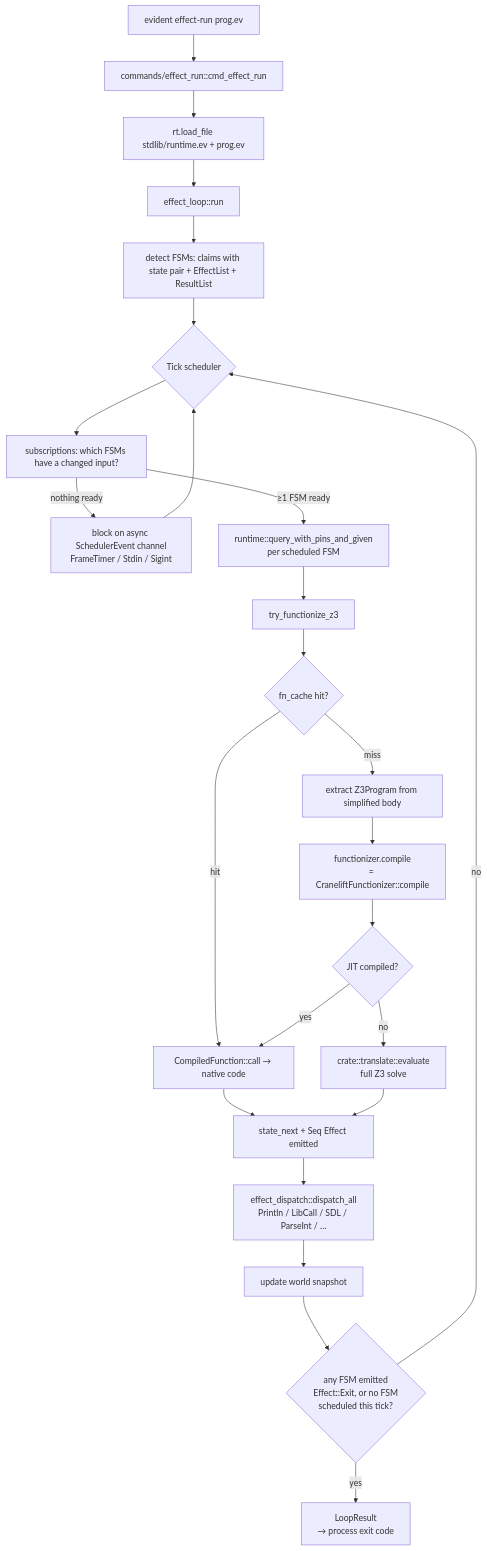
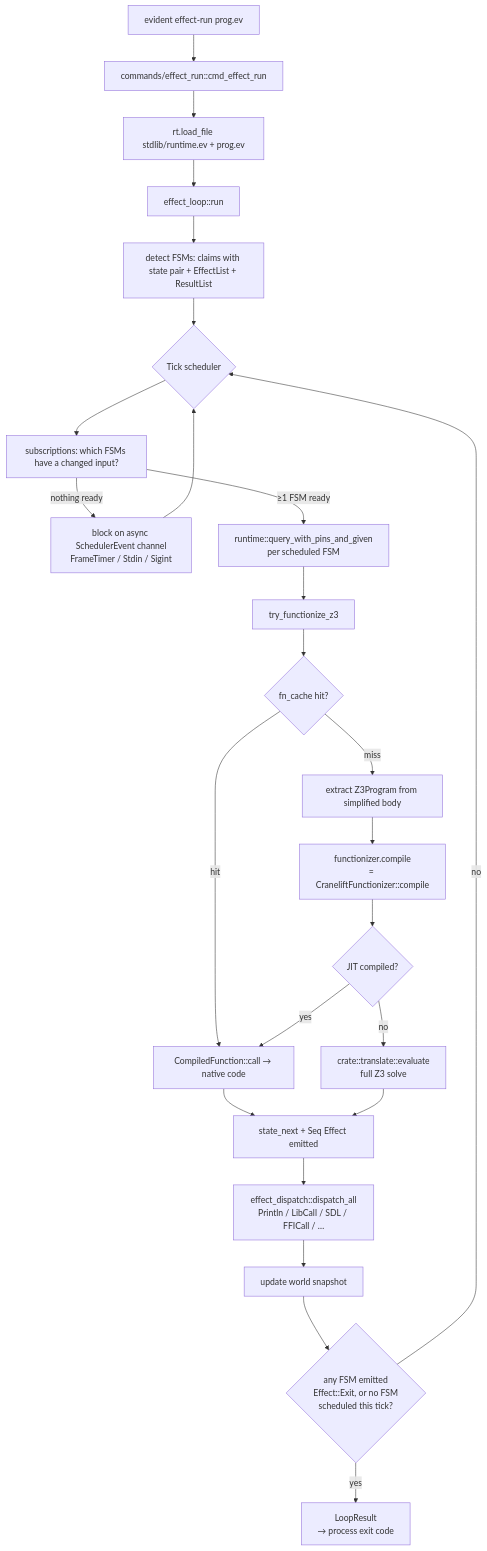
One commit to danroblewis/evident changed the seventh of 7 diagrams in runtime/README.md. Above: the diagram before and after it, drawn with Mermaid. The commit also changed other lines of this file and 15 other files, not shown here.

````diff
--- a/runtime/README.md
+++ b/runtime/README.md
@@ -309,39 +309,39 @@
 ```mermaid
 flowchart TD
     CLI[evident effect-run prog.ev]
     Run[commands/effect_run::cmd_effect_run]
     Load[rt.load_file stdlib/runtime.ev + prog.ev]
     Loop[effect_loop::run]
     Detect[detect FSMs: claims with state pair + EffectList + ResultList]
     Tick{Tick scheduler}
     Sub[subscriptions: which FSMs have a changed input?]
     Block[block on async SchedulerEvent channel<br/>FrameTimer / Stdin / Sigint]
     Q[runtime::query_with_pins_and_given<br/>per scheduled FSM]
     TFZ[try_functionize_z3]
     Cache{fn_cache hit?}
     Compiled[CompiledFunction::call → native code]
     Extract[extract Z3Program from simplified body]
     JIT[functionizer.compile<br/>= CraneliftFunctionizer::compile]
     JitOK{JIT compiled?}
     Slow[crate::translate::evaluate<br/>full Z3 solve]
     Out[state_next + Seq Effect emitted]
-    Disp[effect_dispatch::dispatch_all<br/>Println / LibCall / SDL / ParseInt / …]
+    Disp[effect_dispatch::dispatch_all<br/>Println / LibCall / SDL / FFICall / …]
     World[update world snapshot]
     Halt{any FSM emitted<br/>Effect::Exit, or no FSM<br/>scheduled this tick?}
     Done[LoopResult<br/>→ process exit code]
 
     CLI --> Run --> Load --> Loop --> Detect --> Tick
     Tick --> Sub
     Sub -- nothing ready --> Block --> Tick
     Sub -- ≥1 FSM ready --> Q
     Q --> TFZ --> Cache
     Cache -- hit --> Compiled
     Cache -- miss --> Extract --> JIT --> JitOK
     JitOK -- yes --> Compiled
     JitOK -- no --> Slow
     Compiled --> Out
     Slow --> Out
     Out --> Disp --> World --> Halt
     Halt -- no --> Tick
     Halt -- yes --> Done
 ```
````
